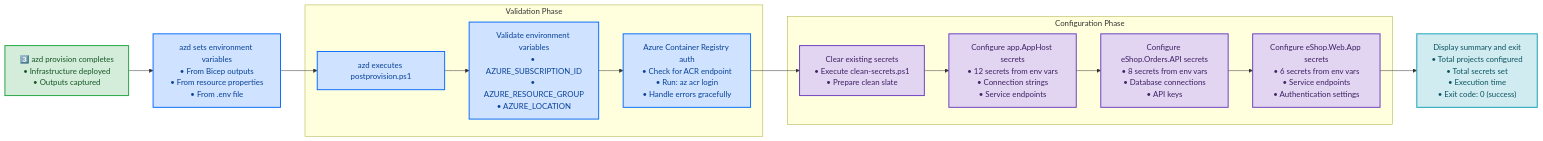
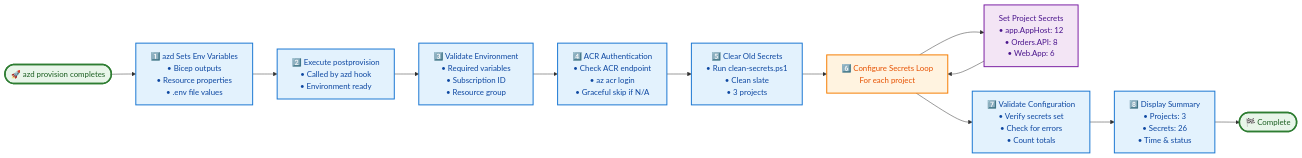
Before and after one commit to Evilazaro/Azure-LogicApps-Monitoring: the diagram in hooks/postprovision.md, drawn with Mermaid. The commit also changed other lines of this file and 3 other files, not shown here.

Commit message:
docs: Enhance documentation for Generate-Orders, check-dev-workstation, clean-secrets, and postprovision scripts with detailed performance characteristics and integration points

````diff
--- a/hooks/postprovision.md
+++ b/hooks/postprovision.md
@@ -371,31 +394,36 @@
 ```mermaid
 flowchart LR
-    Start["3️⃣ azd provision completes<br/>• Infrastructure deployed<br/>• Outputs captured"]
-    Start --> SetEnv["azd sets environment variables<br/>• From Bicep outputs<br/>• From resource properties<br/>• From .env file"]
-    SetEnv --> Execute["azd executes postprovision.ps1"]
+    Start(["🚀 azd provision completes"])
+    SetEnv["1️⃣ azd Sets Env Variables<br/>• Bicep outputs<br/>• Resource properties<br/>• .env file values"]
+    Execute["2️⃣ Execute postprovision<br/>• Called by azd hook<br/>• Environment ready"]
+    Validate["3️⃣ Validate Environment<br/>• Required variables<br/>• Subscription ID<br/>• Resource group"]
+    ACRAuth["4️⃣ ACR Authentication<br/>• Check ACR endpoint<br/>• az acr login<br/>• Graceful skip if N/A"]
+    Clear["5️⃣ Clear Old Secrets<br/>• Run clean-secrets.ps1<br/>• Clean slate<br/>• 3 projects"]
+    ConfigLoop["6️⃣ Configure Secrets Loop<br/>For each project"]
+    ConfigProject["Set Project Secrets<br/>• app.AppHost: 12<br/>• Orders.API: 8<br/>• Web.App: 6"]
+    Validate2["7️⃣ Validate Configuration<br/>• Verify secrets set<br/>• Check for errors<br/>• Count totals"]
+    Summary["8️⃣ Display Summary<br/>• Projects: 3<br/>• Secrets: 26<br/>• Time & status"]
+    End(["🏁 Complete"])
     
-    subgraph ValidationPhase["Validation Phase"]
-        Execute --> Validate["Validate environment variables<br/>• AZURE_SUBSCRIPTION_ID<br/>• AZURE_RESOURCE_GROUP<br/>• AZURE_LOCATION"]
-        Validate --> ACRAuth["Azure Container Registry auth<br/>• Check for ACR endpoint<br/>• Run: az acr login<br/>• Handle errors gracefully"]
-    end
+    Start --> SetEnv
+    SetEnv --> Execute
+    Execute --> Validate
+    Validate --> ACRAuth
+    ACRAuth --> Clear
+    Clear --> ConfigLoop
+    ConfigLoop --> ConfigProject
+    ConfigProject --> ConfigLoop
+    ConfigLoop --> Validate2
+    Validate2 --> Summary
+    Summary --> End
     
-    ACRAuth --> ClearSecrets["Clear existing secrets<br/>• Execute clean-secrets.ps1<br/>• Prepare clean slate"]
+    classDef startEnd fill:#e8f5e9,stroke:#2e7d32,stroke-width:3px,color:#1b5e20
+    classDef process fill:#e3f2fd,stroke:#1976d2,stroke-width:2px,color:#0d47a1
+    classDef config fill:#f3e5f5,stroke:#7b1fa2,stroke-width:2px,color:#4a148c
+    classDef loop fill:#fff3e0,stroke:#f57c00,stroke-width:2px,color:#e65100
     
-    subgraph ConfigurationPhase["Configuration Phase"]
-        ClearSecrets --> ConfigAppHost["Configure app.AppHost secrets<br/>• 12 secrets from env vars<br/>• Connection strings<br/>• Service endpoints"]
-        ConfigAppHost --> ConfigOrdersAPI["Configure eShop.Orders.API secrets<br/>• 8 secrets from env vars<br/>• Database connections<br/>• API keys"]
-        ConfigOrdersAPI --> ConfigWebApp["Configure eShop.Web.App secrets<br/>• 6 secrets from env vars<br/>• Service endpoints<br/>• Authentication settings"]
-    end
-    
-    ConfigWebApp --> Summary["Display summary and exit<br/>• Total projects configured<br/>• Total secrets set<br/>• Execution time<br/>• Exit code: 0 (success)"]
-    
-    classDef startClass fill:#d4edda,stroke:#28a745,stroke-width:2px,color:#155724
-    classDef validateClass fill:#cfe2ff,stroke:#0d6efd,stroke-width:2px,color:#084298
-    classDef configClass fill:#e2d5f1,stroke:#6f42c1,stroke-width:2px,color:#3d2065
-    classDef summaryClass fill:#d1ecf1,stroke:#17a2b8,stroke-width:2px,color:#0c5460
-    
-    class Start startClass
-    class SetEnv,Execute,Validate,ACRAuth validateClass
-    class ClearSecrets,ConfigAppHost,ConfigOrdersAPI,ConfigWebApp configClass
-    class Summary summaryClass
+    class Start,End startEnd
+    class SetEnv,Execute,Validate,ACRAuth,Clear,Validate2,Summary process
+    class ConfigLoop loop
+    class ConfigProject config
 ```
````
